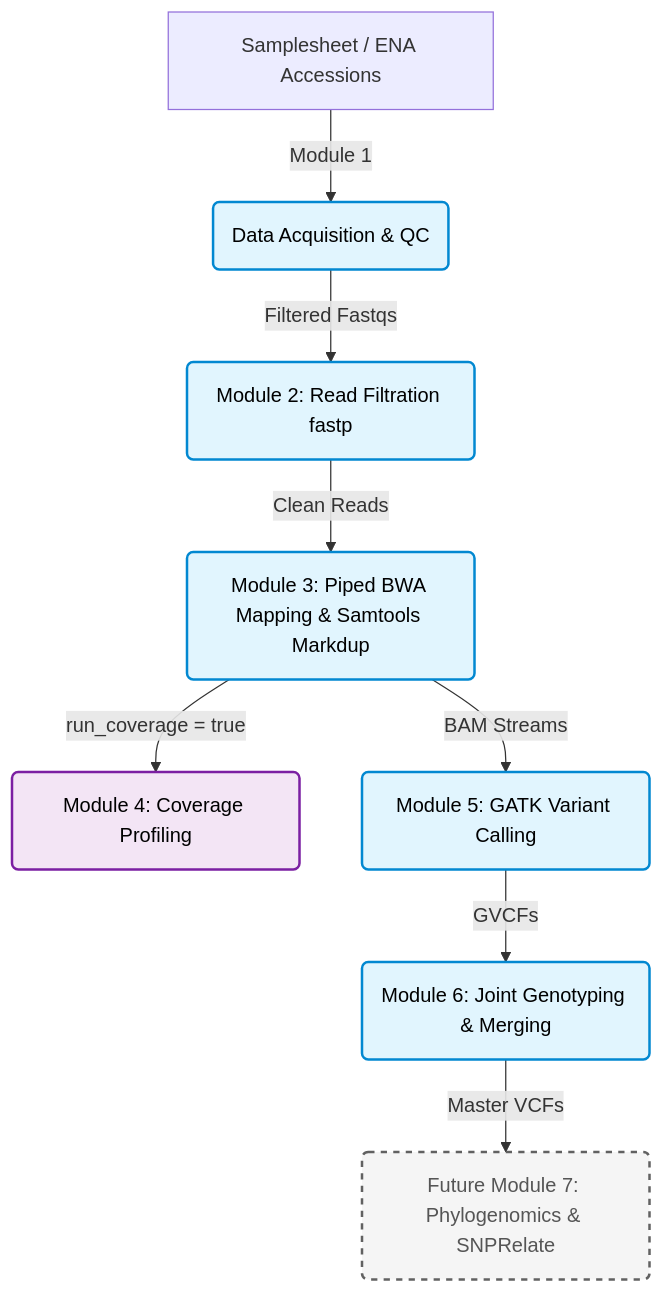
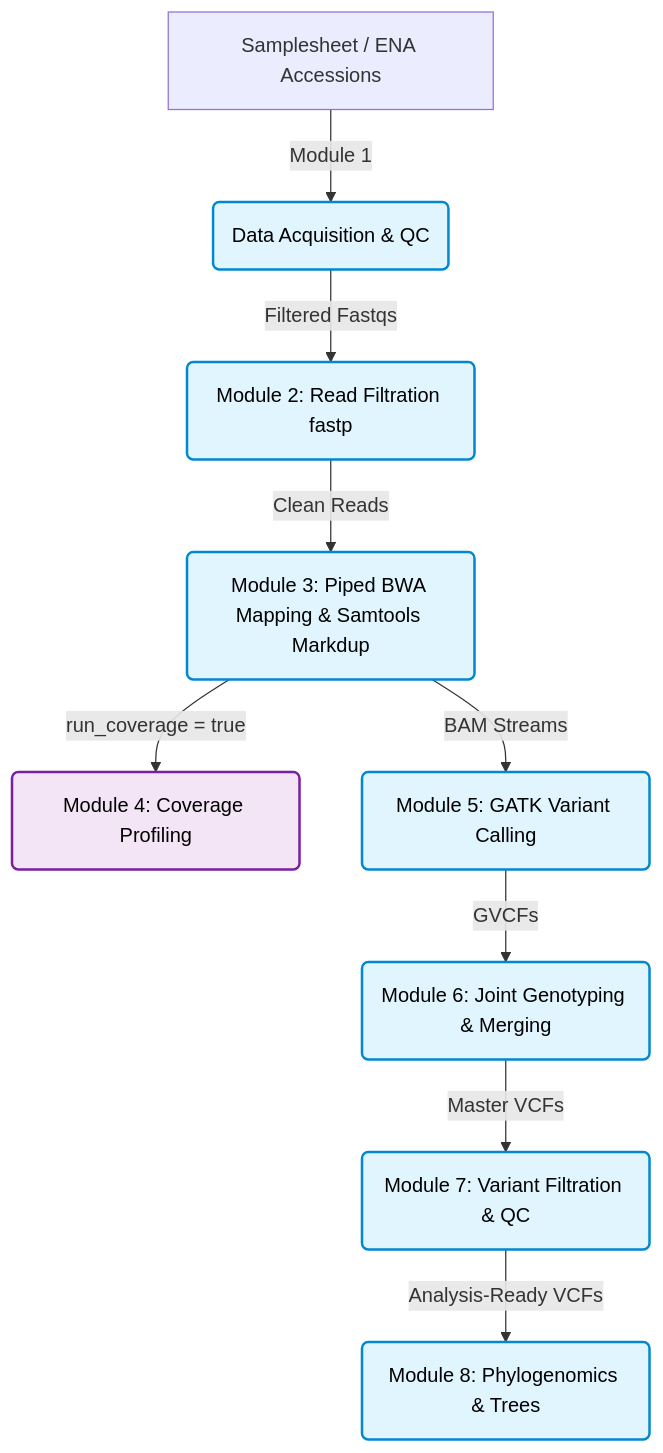
Before and after one commit to hanzala-14/saccharomyces-genomics-pipeline: the diagram in README.md, drawn with Mermaid. The commit also changed other lines of this file and 16 other files, not shown here.

First line of the commit message:
feat: integrate Variant Filtration and high-speed IBS matrix generation

````diff
--- a/README.md
+++ b/README.md
@@ -16,21 +16,21 @@
 ```mermaid
 graph TD
     classDef active fill:#e1f5fe,stroke:#0288d1,stroke-width:2px,color:#000;
     classDef optional fill:#f3e5f5,stroke:#7b1fa2,stroke-width:2px,color:#000;
     classDef future fill:#f5f5f5,stroke:#616161,stroke-width:2px,stroke-dasharray: 5 5,color:#555;
 
     A[Samplesheet / ENA Accessions] -->|Module 1| B(Data Acquisition & QC)
     B -->|Filtered Fastqs| C(Module 2: Read Filtration fastp)
     C -->|Clean Reads| D(Module 3: Piped BWA Mapping & Samtools Markdup)
     
     D -->|run_coverage = true| E(Module 4: Coverage Profiling)
     D -->|BAM Streams| F(Module 5: GATK Variant Calling)
     
     F -->|GVCFs| G(Module 6: Joint Genotyping & Merging)
-    G -->|Master VCFs| H(Future Module 7: Phylogenomics & SNPRelate)
+    G -->|Master VCFs| H(Module 7: Variant Filtration & QC)
+    H -->|Analysis-Ready VCFs| I(Module 8: Phylogenomics & Trees)
 
-    class B,C,D,F,G active;
+    class B,C,D,F,G,H,I active;
     class E optional;
-    class H future;
 
 ```
````
